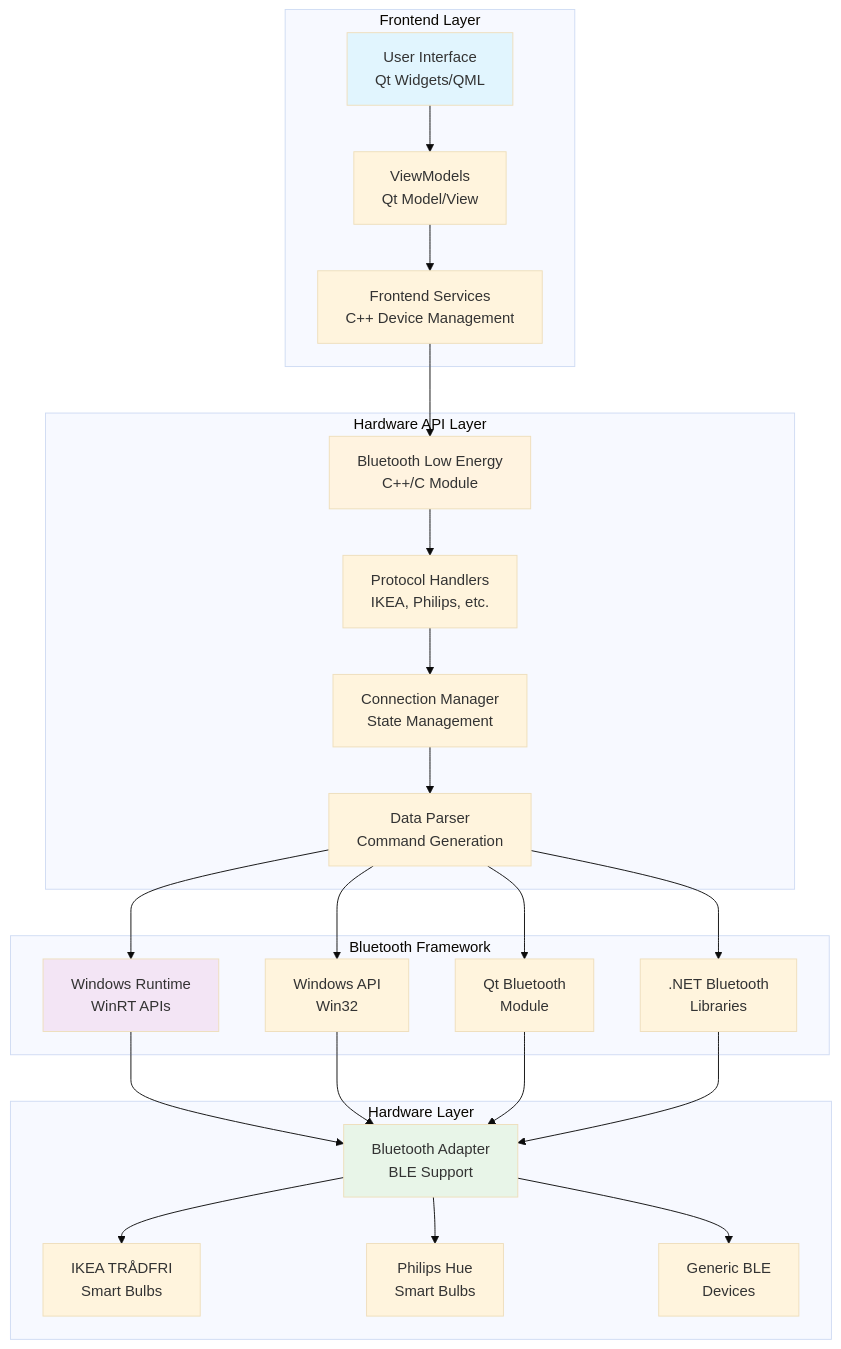
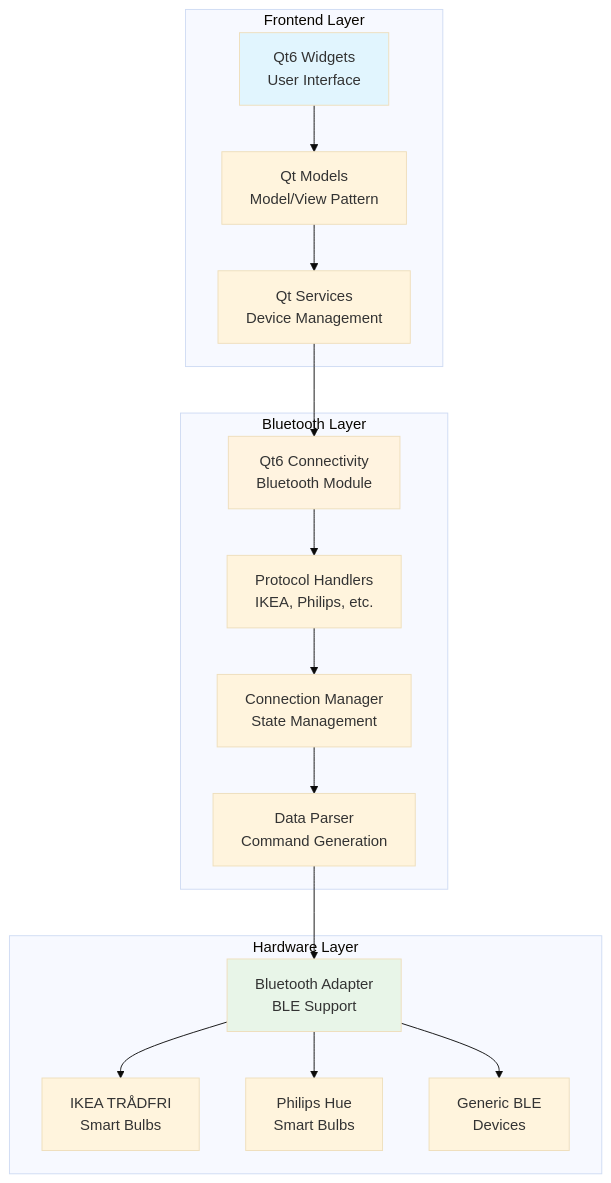
One commit to hchia93/bt-lumina changed the first of 3 diagrams in README.md. Above: the diagram before and after it, drawn with Mermaid (base theme). The commit also changed other lines of this file and 5 other files, not shown here.

````diff
--- a/README.md
+++ b/README.md
@@ -13,55 +29,38 @@
 ```mermaid
 graph TB
     subgraph "Frontend Layer"
-        UI[User Interface<br/>Qt Widgets/QML]
-        VM[ViewModels<br/>Qt Model/View]
-        FS[Frontend Services<br/>C++ Device Management]
+        UI[Qt6 Widgets<br/>User Interface]
+        VM[Qt Models<br/>Model/View Pattern]
+        FS[Qt Services<br/>Device Management]
     end
     
-    subgraph "Hardware API Layer"
-        BLE[Bluetooth Low Energy<br/>C++/C Module]
+    subgraph "Bluetooth Layer"
+        BLE[Qt6 Connectivity<br/>Bluetooth Module]
         PH[Protocol Handlers<br/>IKEA, Philips, etc.]
         CM[Connection Manager<br/>State Management]
         DP[Data Parser<br/>Command Generation]
-    end
-    
-    subgraph "Bluetooth Framework"
-        WR[Windows Runtime<br/>WinRT APIs]
-        W32[Windows API<br/>Win32]
-        QT[Qt Bluetooth<br/>Module]
-        NET[.NET Bluetooth<br/>Libraries]
     end
     
     subgraph "Hardware Layer"
         BT[Bluetooth Adapter<br/>BLE Support]
         IKEA[IKEA TRÅDFRI<br/>Smart Bulbs]
         PHIL[Philips Hue<br/>Smart Bulbs]
         GEN[Generic BLE<br/>Devices]
     end
     
     UI --> VM
     VM --> FS
     FS --> BLE
     BLE --> PH
     PH --> CM
     CM --> DP
     
-    DP --> WR
-    DP --> W32
-    DP --> QT
-    DP --> NET
-    
-    WR --> BT
-    W32 --> BT
-    QT --> BT
-    NET --> BT
-    
+    DP --> BT
     BT --> IKEA
     BT --> PHIL
     BT --> GEN
     
     style UI fill:#e1f5fe
     style BLE fill:#fff3e0
-    style WR fill:#f3e5f5
     style BT fill:#e8f5e8
 ```
````
